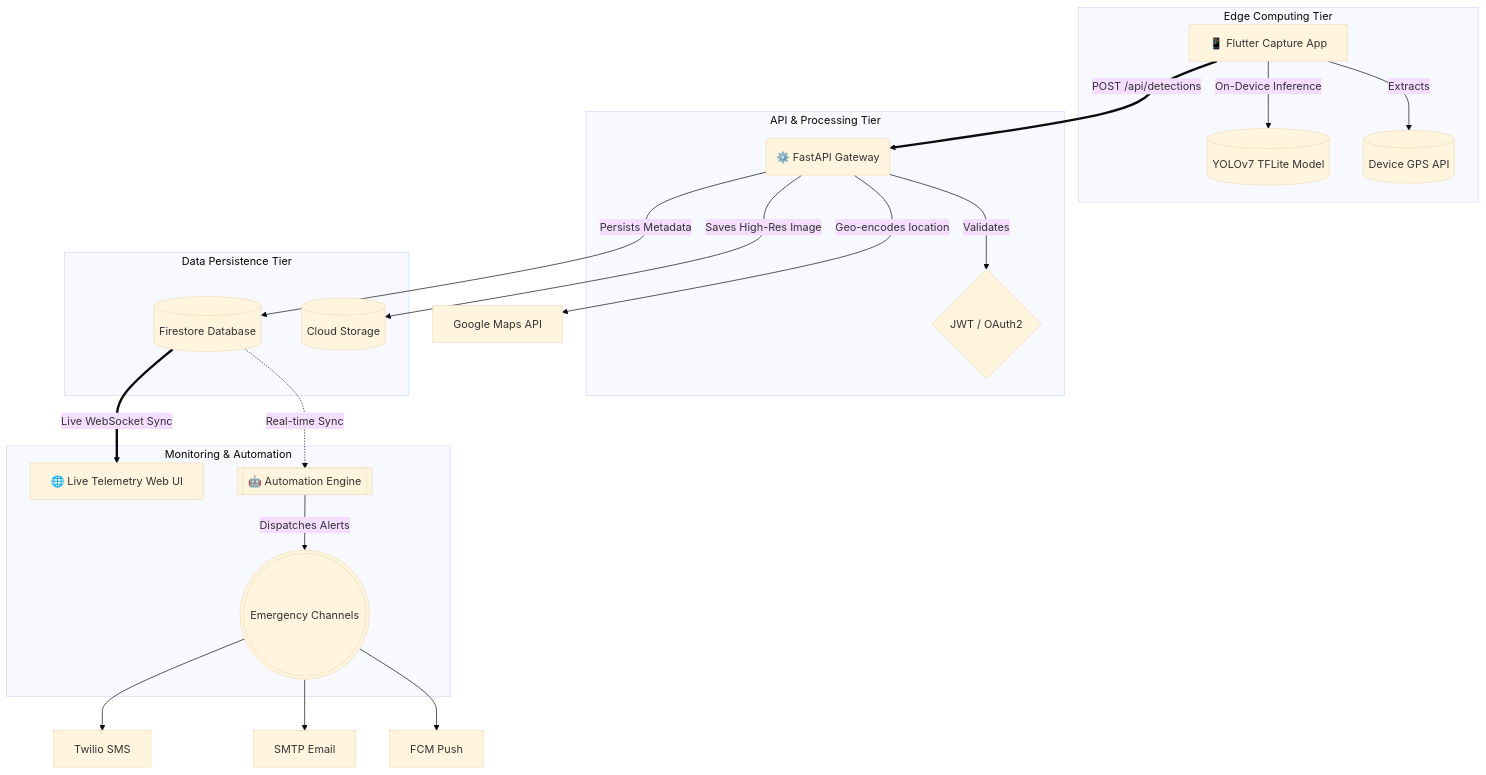
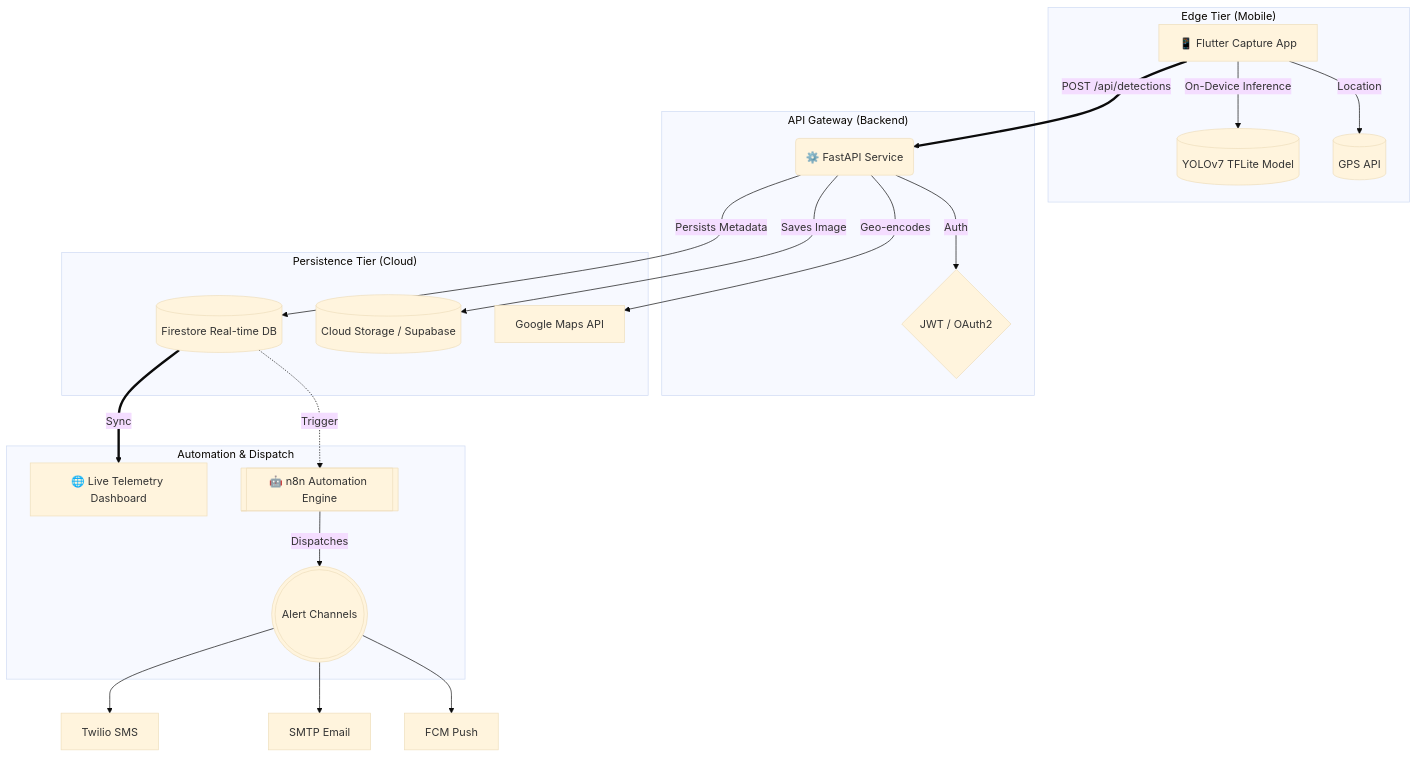
The diagram in README.md (vinaykumarbharwal/Wildfire_Detection), drawn with Mermaid (base theme) before and after one commit. The commit also changed other lines of this file, not shown here.

Commit message:
docs: update README with project overview, architecture diagrams, and deployment instructions

````diff
--- a/README.md
+++ b/README.md
@@ -26,38 +43,39 @@
 ```mermaid
 graph TD
-    subgraph "Edge Computing Tier"
+    subgraph "Edge Tier (Mobile)"
         A[📱 Flutter Capture App]
         A -->|On-Device Inference| TFL[(YOLOv7 TFLite Model)]
-        A -->|Extracts| GPS[(Device GPS API)]
+        A -->|Location| GPS[(GPS API)]
     end
 
-    subgraph "API & Processing Tier"
-        B(⚙️ FastAPI Gateway)
-        B -->|Validates| AUTH{JWT / OAuth2}
+    subgraph "API Gateway (Backend)"
+        B(⚙️ FastAPI Service)
+        B -->|Auth| AUTH{JWT / OAuth2}
     end
 
-    subgraph "Data Persistence Tier"
-        C[(Firestore Database)]
-        D[(Cloud Storage)]
+    subgraph "Persistence Tier (Cloud)"
+        C[(Firestore Real-time DB)]
+        D[(Cloud Storage / Supabase)]
+        MAPS[Google Maps API]
     end
 
-    subgraph "Monitoring & Automation"
-        E[🌐 Live Telemetry Web UI]
-        F[[🤖 Automation Engine]]
-        G(((Emergency Channels)))
+    subgraph "Automation & Dispatch"
+        E[🌐 Live Telemetry Dashboard]
+        F[[🤖 n8n Automation Engine]]
+        G(((Alert Channels)))
     end
 
     %% Data Flows
     A == "POST /api/detections" ==> B
-    B -- "Geo-encodes location" --> MAPS[Google Maps API]
-    B -- "Saves High-Res Image" --> D
+    B -- "Geo-encodes" --> MAPS
+    B -- "Saves Image" --> D
     B -- "Persists Metadata" --> C
     
-    C -. "Real-time Sync" .-> F
-    C == "Live WebSocket Sync" ==> E
+    C -. "Trigger" .-> F
+    C == "Sync" ==> E
     
-    F -- "Dispatches Alerts" --> G
+    F -- "Dispatches" --> G
     G --> SMS[Twilio SMS]
     G --> EMAIL[SMTP Email]
     G --> PUSH[FCM Push]
 ```
````
